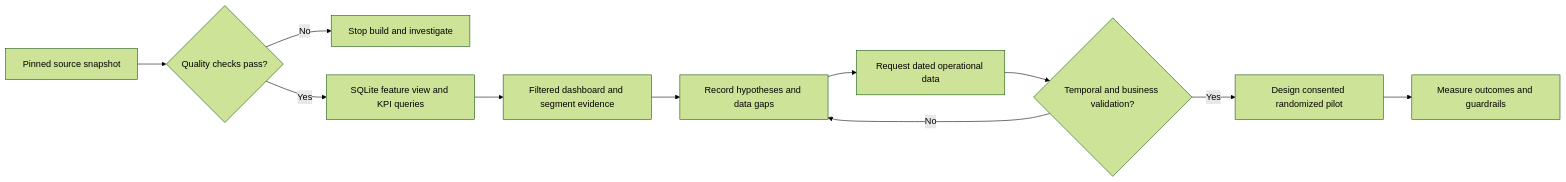
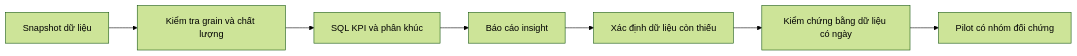
The diagram in docs/business-analysis.md (imluxius/credit-card-retention-analytics), drawn with Mermaid (forest theme) before and after one commit. The commit also changed other lines of this file and 17 other files, not shown here.

Commit message:
Focus portfolio on Python SQL and business analysis

````diff
--- a/docs/business-analysis.md
+++ b/docs/business-analysis.md
@@ -35,13 +23,9 @@
 ```mermaid
 flowchart LR
-    A[Pinned source snapshot] --> B{Quality checks pass?}
-    B -- No --> C[Stop build and investigate]
-    B -- Yes --> D[SQLite feature view and KPI queries]
-    D --> E[Filtered dashboard and segment evidence]
-    E --> F[Record hypotheses and data gaps]
-    F --> G[Request dated operational data]
-    G --> H{Temporal and business validation?}
-    H -- No --> F
-    H -- Yes --> I[Design consented randomized pilot]
-    I --> J[Measure outcomes and guardrails]
+    A[Snapshot dữ liệu] --> B[Kiểm tra grain và chất lượng]
+    B --> C[SQL KPI và phân khúc]
+    C --> D[Báo cáo insight]
+    D --> E[Xác định dữ liệu còn thiếu]
+    E --> F[Kiểm chứng bằng dữ liệu có ngày]
+    F --> G[Pilot có nhóm đối chứng]
 ```
````
